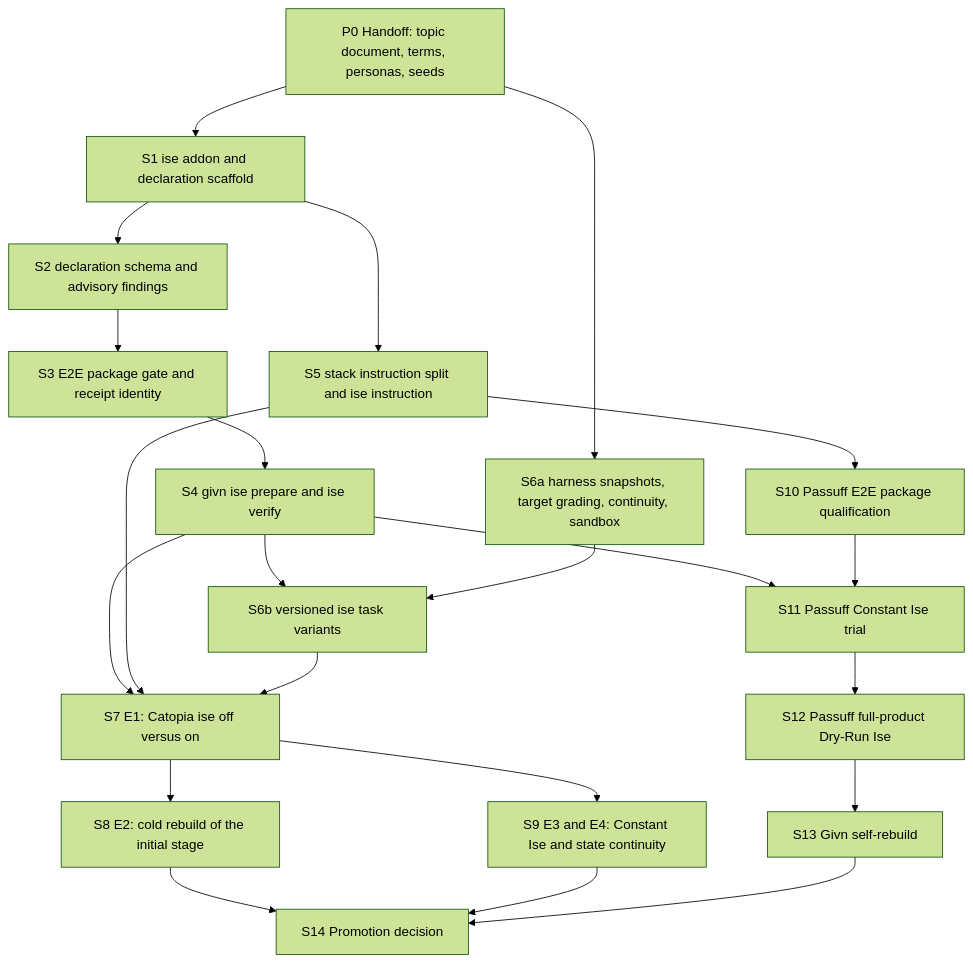
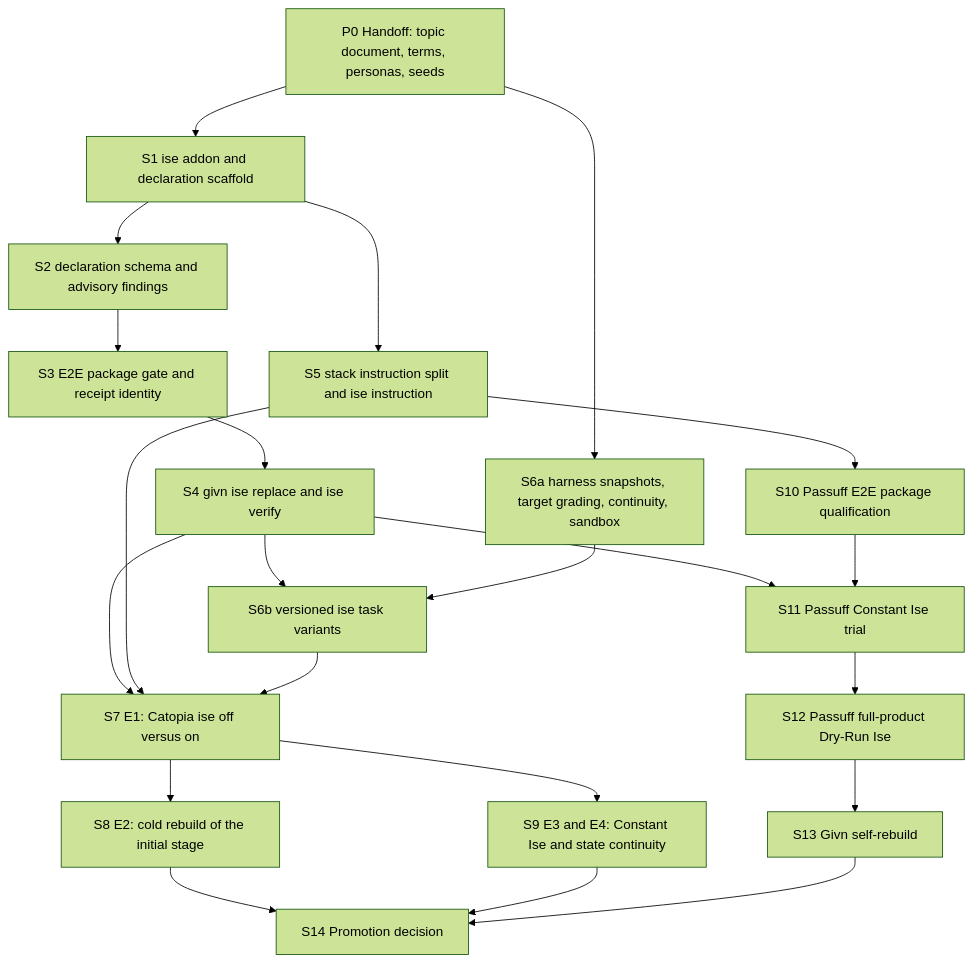
One commit to buster/givn changed the diagram in givn/ideation/ise-rebuildability/plan.md. Above: the diagram before and after it, drawn with Mermaid (forest theme). The commit also changed other lines of this file and 21 other files, not shown here.

First line of the commit message:
givn ise replace materializes a clean-room trial from a recorded revision on Git or Fossil, and givn ise verify re-checks its frozen retained and e2e inputs per path

````diff
--- a/givn/ideation/ise-rebuildability/plan.md
+++ b/givn/ideation/ise-rebuildability/plan.md
@@ -44,41 +44,41 @@
 ```mermaid
 flowchart TB
   P0["P0 Handoff: topic document, terms, personas, seeds"]
   S1["S1 ise addon and declaration scaffold"]
   S2["S2 declaration schema and advisory findings"]
   S3["S3 E2E package gate and receipt identity"]
-  S4["S4 givn ise prepare and ise verify"]
+  S4["S4 givn ise replace and ise verify"]
   S5["S5 stack instruction split and ise instruction"]
   S6a["S6a harness snapshots, target grading, continuity, sandbox"]
   S6b["S6b versioned ise task variants"]
   S7["S7 E1: Catopia ise off versus on"]
   S8["S8 E2: cold rebuild of the initial stage"]
   S9["S9 E3 and E4: Constant Ise and state continuity"]
   S10["S10 Passuff E2E package qualification"]
   S11["S11 Passuff Constant Ise trial"]
   S12["S12 Passuff full-product Dry-Run Ise"]
   S13["S13 Givn self-rebuild"]
   S14["S14 Promotion decision"]
 
   P0 --> S1
   P0 --> S6a
   S1 --> S2
   S1 --> S5
   S2 --> S3
   S3 --> S4
   S4 --> S6b
   S4 --> S7
   S5 --> S7
   S6a --> S6b
   S6b --> S7
   S7 --> S8
   S7 --> S9
   S4 --> S11
   S5 --> S10
   S10 --> S11
   S11 --> S12
   S12 --> S13
   S8 --> S14
   S9 --> S14
   S13 --> S14
 ```
````
